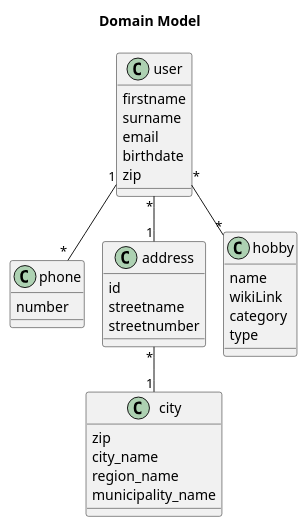
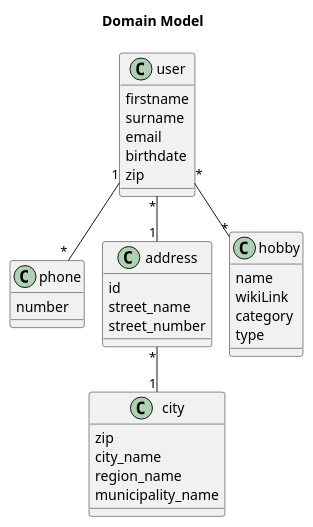
The diagram in documentation/DomainModel1.puml (TobiasTonndorff/HobbyHub), drawn with PlantUML before and after one commit.

Commit message:
Update DomainModel1.puml
update

```diff
--- a/documentation/DomainModel1.puml
+++ b/documentation/DomainModel1.puml
@@ -1,45 +1,45 @@
 @startuml
 !pragma layout smetana
 Title Domain Model
 
 class user{
 firstname
 surname
 email
 birthdate
 zip
 }
 
 class phone{
 number
 }
 
 class address{
 id
-streetname
-streetnumber
+street_name
+street_number
 }
 
 class city{
 zip
 city_name
 region_name
 municipality_name
 }
 
 
 class hobby{
 name
 wikiLink
 category
 type
 }
 
 
 user "*" -- "*" hobby
 user "*" -- "1" address
 user "1" -- "*" phone
 address "*" -- "1" city
 
 
 @enduml
```
